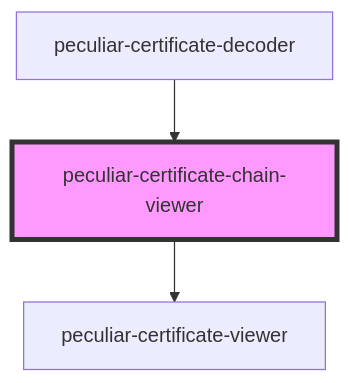
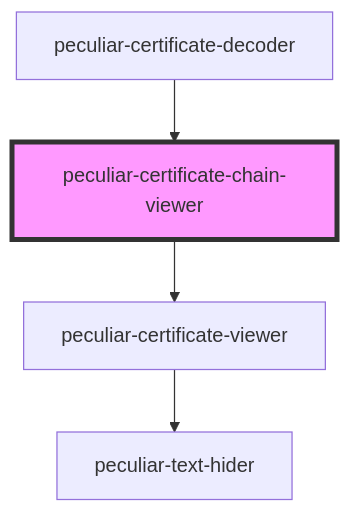
The diagram in packages/webcomponents/src/components/certificate-chain-viewer/readme.md (PeculiarVentures/pv-certificates-viewer), drawn with Mermaid before and after one commit. The commit also changed 223 other files, not shown here.

````diff
--- a/packages/webcomponents/src/components/certificate-chain-viewer/readme.md
+++ b/packages/webcomponents/src/components/certificate-chain-viewer/readme.md
@@ -27,6 +27,7 @@
 ```mermaid
 graph TD;
   peculiar-certificate-chain-viewer --> peculiar-certificate-viewer
+  peculiar-certificate-viewer --> peculiar-text-hider
   peculiar-certificate-decoder --> peculiar-certificate-chain-viewer
   style peculiar-certificate-chain-viewer fill:#f9f,stroke:#333,stroke-width:4px
 ```
````
